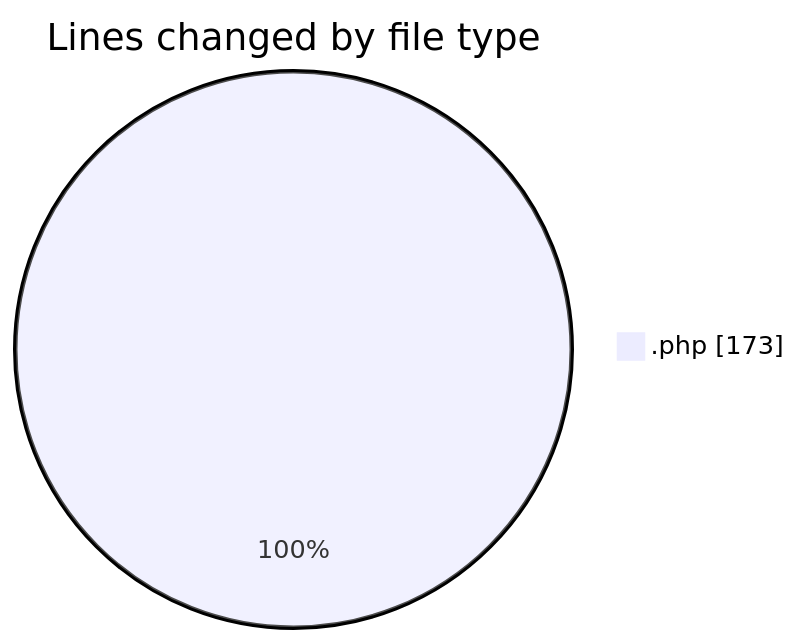
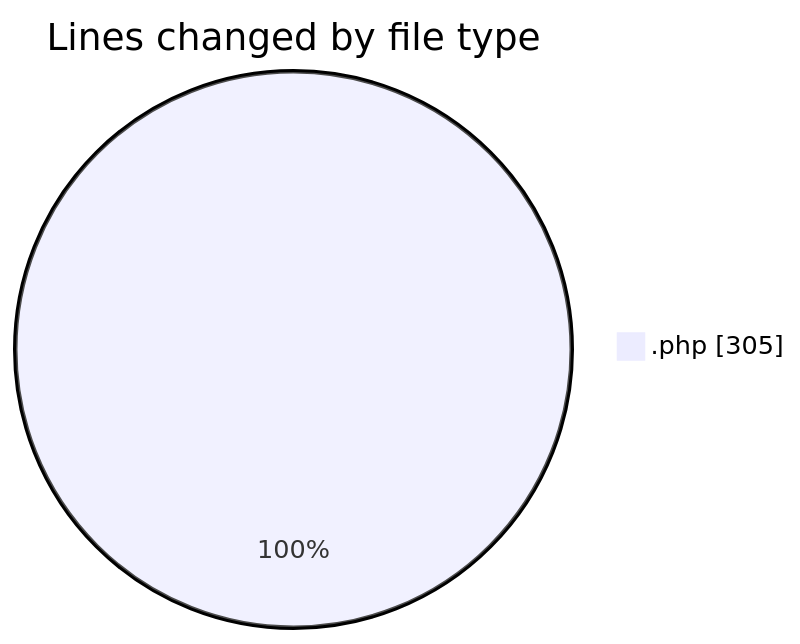
The first of 2 diagrams in 2025-06-06/qrcodejs-master/README.md (LanceThiago/code-tracking), drawn with Mermaid before and after one commit. The commit also changed other lines of this file and 1 other file, not shown here.

````diff
--- a/2025-06-06/qrcodejs-master/README.md
+++ b/2025-06-06/qrcodejs-master/README.md
@@ -21,5 +22,5 @@
 ```mermaid
 pie showData
 title Lines changed by file type
-".php" : 173
+".php" : 305
 ```
````
